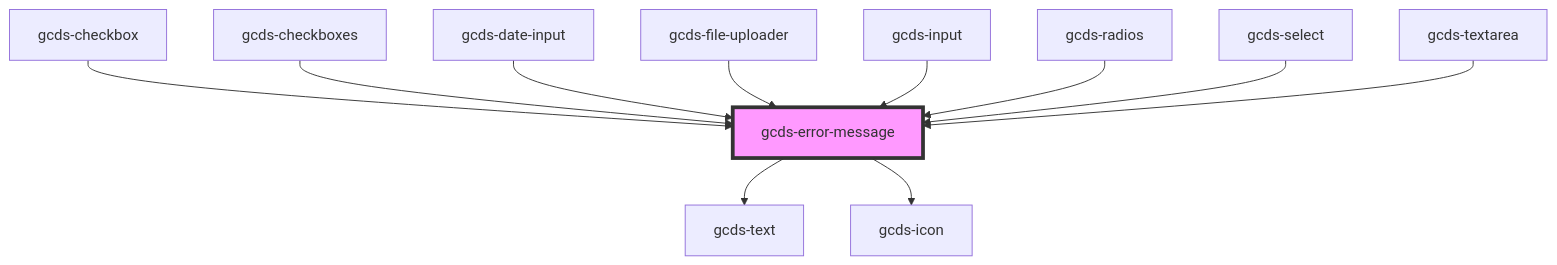
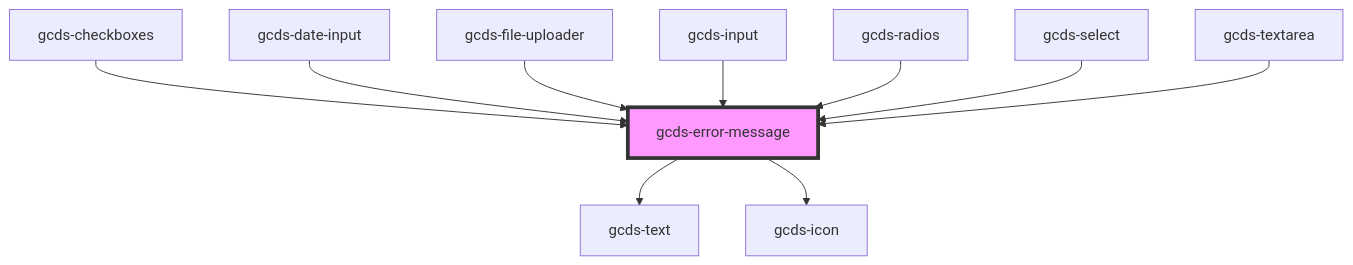
One commit to cds-snc/gcds-components changed the diagram in packages/web/src/components/gcds-error-message/readme.md. Above: the diagram before and after it, drawn with Mermaid. The commit also changed other lines of this file and 24 other files, not shown here.

Commit message:
remove(gcds-radio-group + gcds-checkbox): Remove old radio group and checkbox components

````diff
--- a/packages/web/src/components/gcds-error-message/readme.md
+++ b/packages/web/src/components/gcds-error-message/readme.md
@@ -34,14 +33,13 @@
 ```mermaid
 graph TD;
   gcds-error-message --> gcds-text
   gcds-error-message --> gcds-icon
-  gcds-checkbox --> gcds-error-message
   gcds-checkboxes --> gcds-error-message
   gcds-date-input --> gcds-error-message
   gcds-file-uploader --> gcds-error-message
   gcds-input --> gcds-error-message
   gcds-radios --> gcds-error-message
   gcds-select --> gcds-error-message
   gcds-textarea --> gcds-error-message
   style gcds-error-message fill:#f9f,stroke:#333,stroke-width:4px
 ```
````
